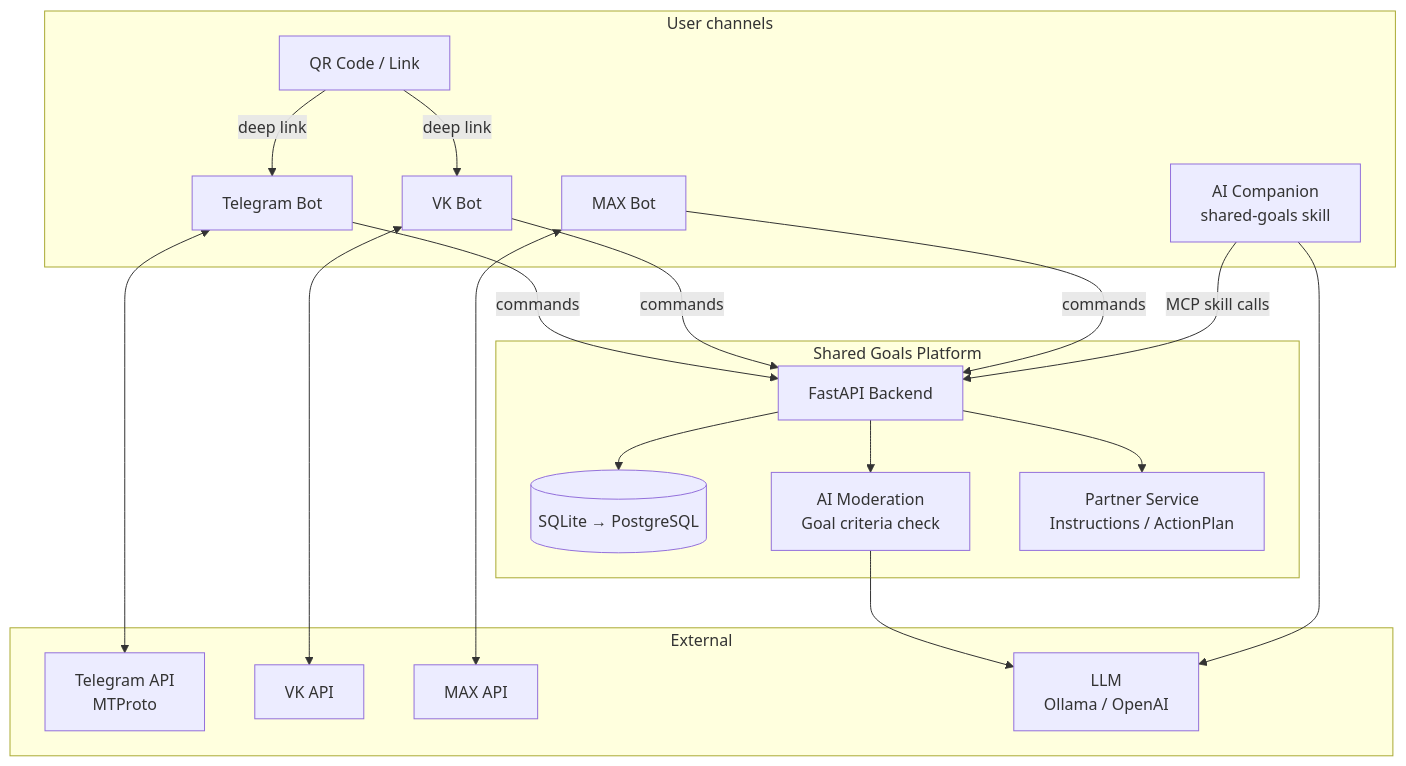
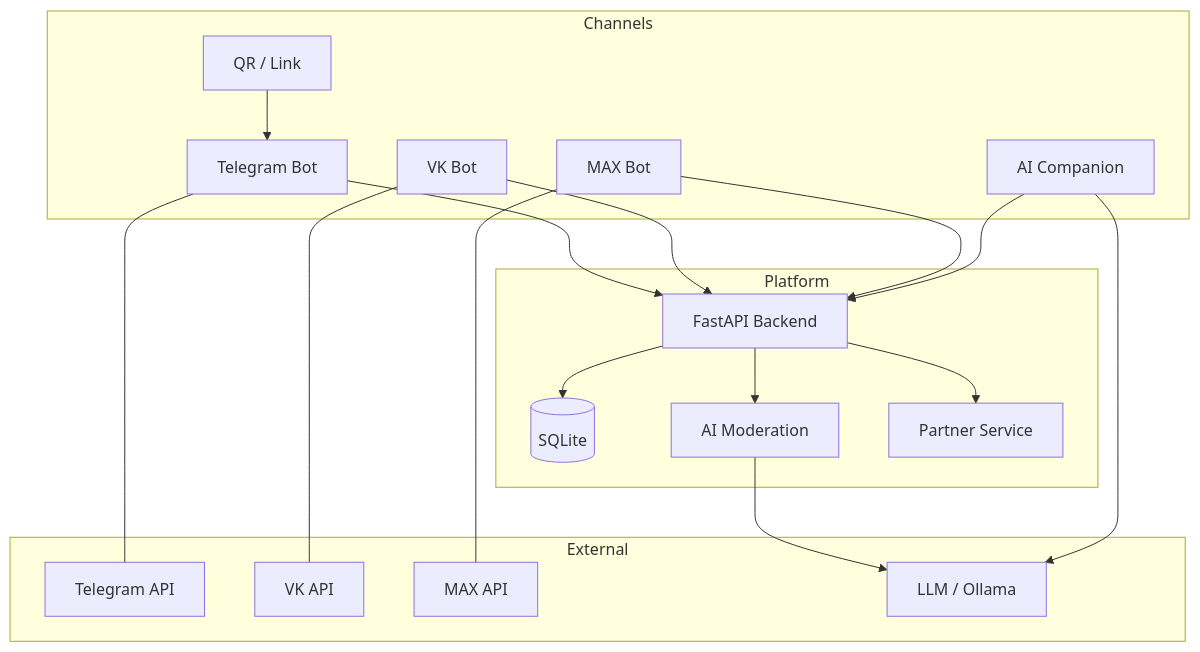
One commit to shared-goals/prd changed the second of 3 diagrams in README.md. Above: the diagram before and after it, drawn with Mermaid. The commit also changed other lines of this file, not shown here.

First line of the commit message:
fix: rewrite diagrams 5.2 and 5.3 in safe Mermaid syntax

````diff
--- a/README.md
+++ b/README.md
@@ -162,39 +162,38 @@
 ```mermaid
 graph TB
-    subgraph User channels
+    subgraph Channels
         TG[Telegram Bot]
         VK[VK Bot]
         MAX[MAX Bot]
-        QR[QR Code / Link]
-        AI[AI Companion\nshared-goals skill]
+        QR[QR / Link]
+        AI[AI Companion]
     end
 
-    subgraph Shared Goals Platform
+    subgraph Platform
         API[FastAPI Backend]
-        DB[(SQLite → PostgreSQL)]
-        MOD[AI Moderation\nGoal criteria check]
-        PARTNER[Partner Service\nInstructions / ActionPlan]
+        DB[(SQLite)]
+        MOD[AI Moderation]
+        PARTNER[Partner Service]
     end
 
     subgraph External
-        TGAPI[Telegram API\nMTProto]
+        TGAPI[Telegram API]
         VKAPI[VK API]
         MAXAPI[MAX API]
-        LLM[LLM\nOllama / OpenAI]
+        LLM[LLM / Ollama]
     end
 
-    TG -->|commands| API
-    VK -->|commands| API
-    MAX -->|commands| API
-    QR -->|deep link| TG
-    QR -->|deep link| VK
-    AI -->|MCP skill calls| API
+    TG --> API
+    VK --> API
+    MAX --> API
+    QR --> TG
+    AI --> API
     API --> DB
     API --> MOD
     API --> PARTNER
     MOD --> LLM
-    TG <--> TGAPI
-    VK <--> VKAPI
-    MAX <--> MAXAPI
+    TG --- TGAPI
+    VK --- VKAPI
+    MAX --- MAXAPI
     AI --> LLM
 ```
````
